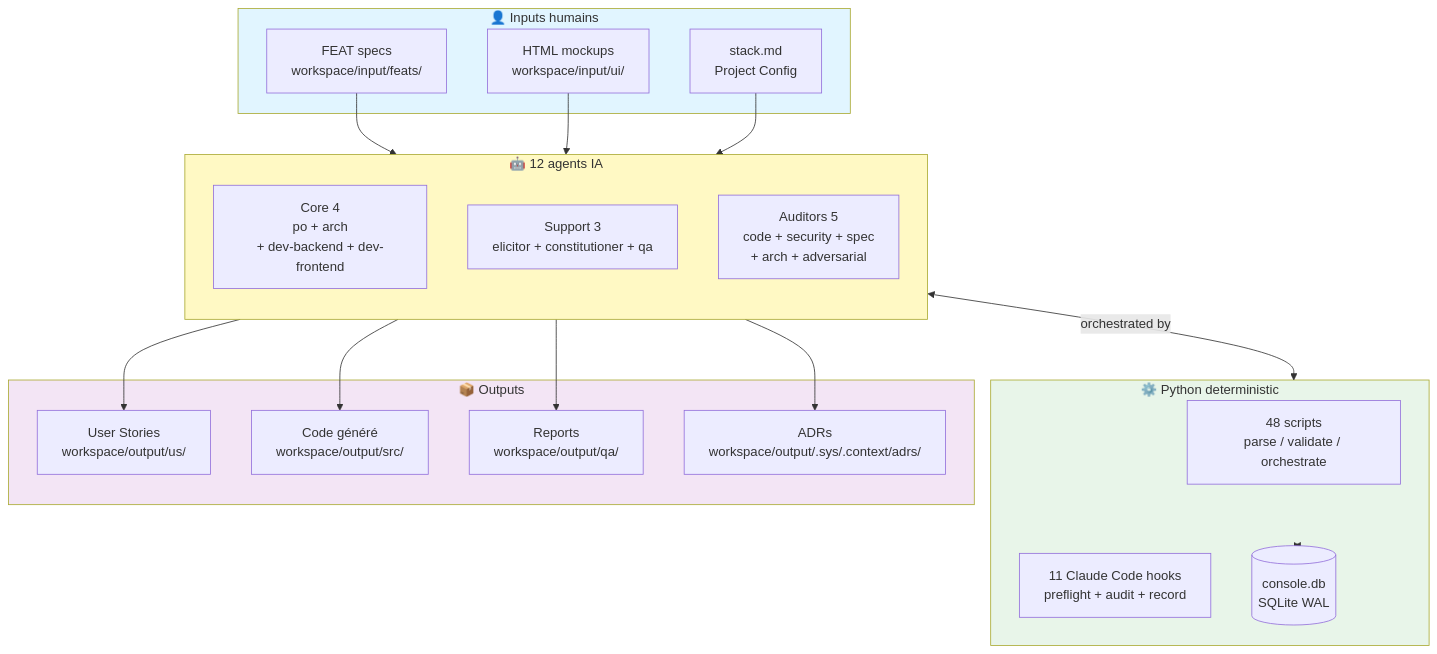
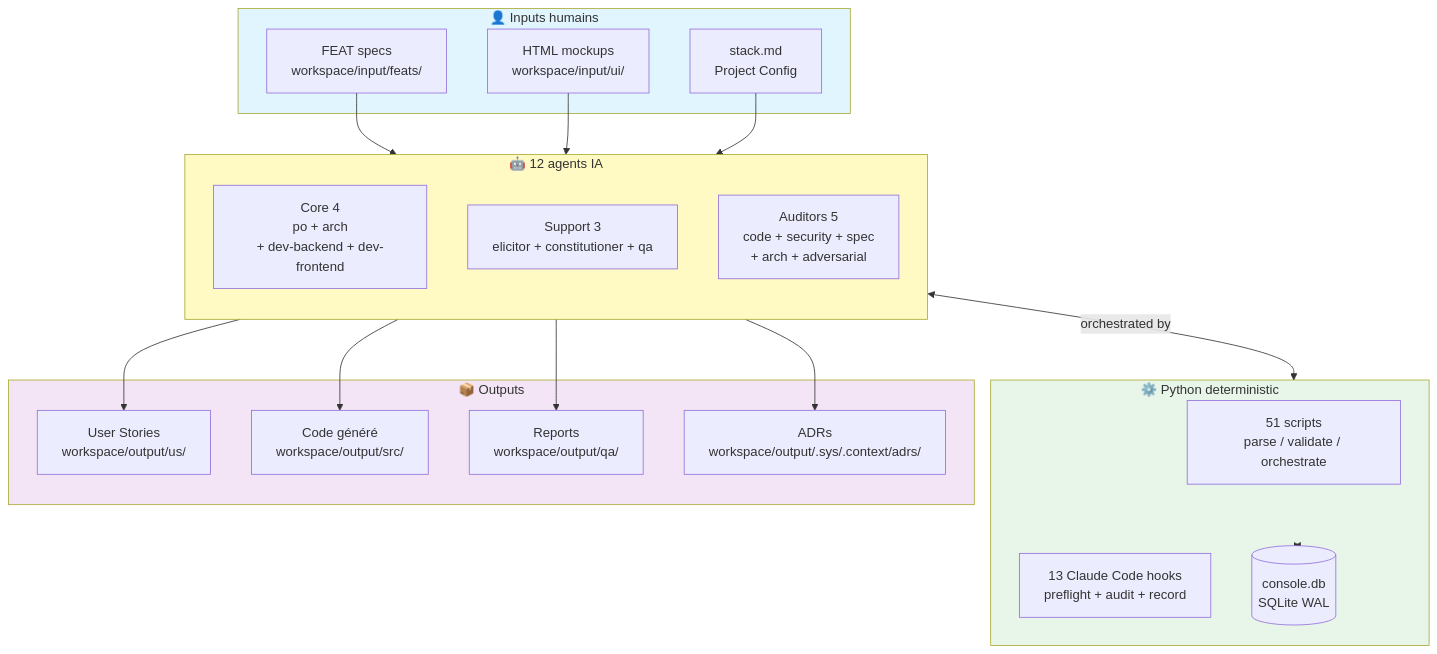
Before and after one commit to MOULAYID/AI-Calorie-Tracker: the first of 3 diagrams in .claude/docs/architecture.md, drawn with Mermaid. The commit also changed other lines of this file and 35 other files, not shown here.

````diff
--- a/.claude/docs/architecture.md
+++ b/.claude/docs/architecture.md
@@ -10,43 +10,43 @@
 ```mermaid
 graph TB
     subgraph Human["👤 Inputs humains"]
         FEAT[FEAT specs<br/>workspace/input/feats/]
         UI[HTML mockups<br/>workspace/input/ui/]
         STACK[stack.md<br/>Project Config]
     end
 
     subgraph Agents["🤖 12 agents IA"]
         direction TB
         CORE[Core 4<br/>po + arch<br/>+ dev-backend + dev-frontend]
         SUPPORT[Support 3<br/>elicitor + constitutioner + qa]
         AUDITORS[Auditors 5<br/>code + security + spec<br/>+ arch + adversarial]
     end
 
     subgraph Determ["⚙️ Python deterministic"]
-        SCRIPTS[48 scripts<br/>parse / validate / orchestrate]
-        HOOKS[11 Claude Code hooks<br/>preflight + audit + record]
+        SCRIPTS[51 scripts<br/>parse / validate / orchestrate]
+        HOOKS[13 Claude Code hooks<br/>preflight + audit + record]
         DB[(console.db<br/>SQLite WAL)]
     end
 
     subgraph Output["📦 Outputs"]
         US[User Stories<br/>workspace/output/us/]
         CODE[Code généré<br/>workspace/output/src/]
         REVIEW[Reports<br/>workspace/output/qa/]
         ADRS[ADRs<br/>workspace/output/.sys/.context/adrs/]
     end
 
     FEAT --> Agents
     UI --> Agents
     STACK --> Agents
     Agents --> US
     Agents --> CODE
     Agents --> REVIEW
     Agents --> ADRS
     Agents <-->|orchestrated by| Determ
     Determ <--> DB
 
     style Human fill:#e1f5ff
     style Agents fill:#fff9c4
     style Determ fill:#e8f5e9
     style Output fill:#f3e5f5
 ```
````
